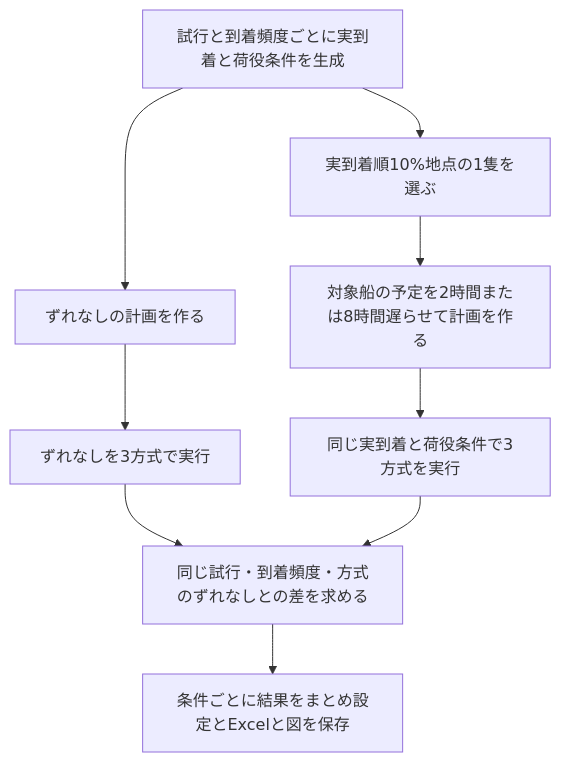
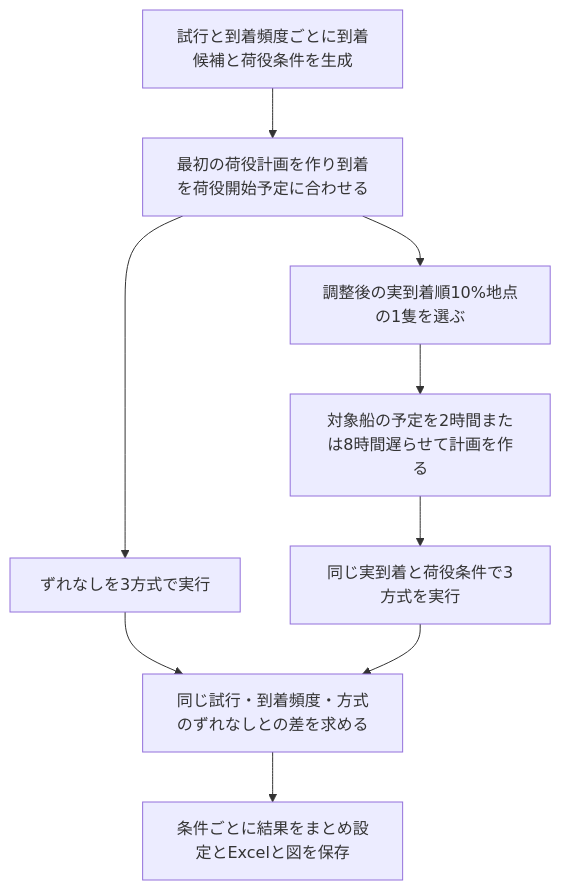
The diagram in docs/実装説明.md (ryusukeke/thesis), drawn with Mermaid before and after one commit. The commit also changed other lines of this file and 11 other files, not shown here.

````diff
--- a/docs/実装説明.md
+++ b/docs/実装説明.md
@@ -11,11 +11,11 @@
 ```mermaid
 flowchart TD
-    A[試行と到着頻度ごとに実到着と荷役条件を生成] --> B[ずれなしの計画を作る]
-    A --> C[実到着順10%地点の1隻を選ぶ]
+    A[試行と到着頻度ごとに到着候補と荷役条件を生成] --> B[最初の荷役計画を作り到着を荷役開始予定に合わせる]
+    B --> C[調整後の実到着順10%地点の1隻を選ぶ]
     C --> D[対象船の予定を2時間または8時間遅らせて計画を作る]
     B --> E[ずれなしを3方式で実行]
     D --> F[同じ実到着と荷役条件で3方式を実行]
     E --> G[同じ試行・到着頻度・方式のずれなしとの差を求める]
     F --> G
     G --> H[条件ごとに結果をまとめ設定とExcelと図を保存]
 ```
````
